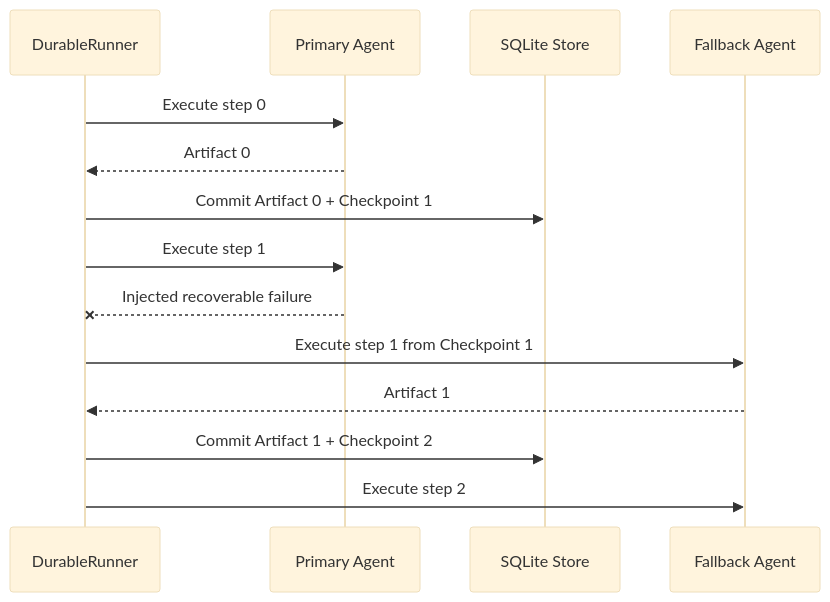
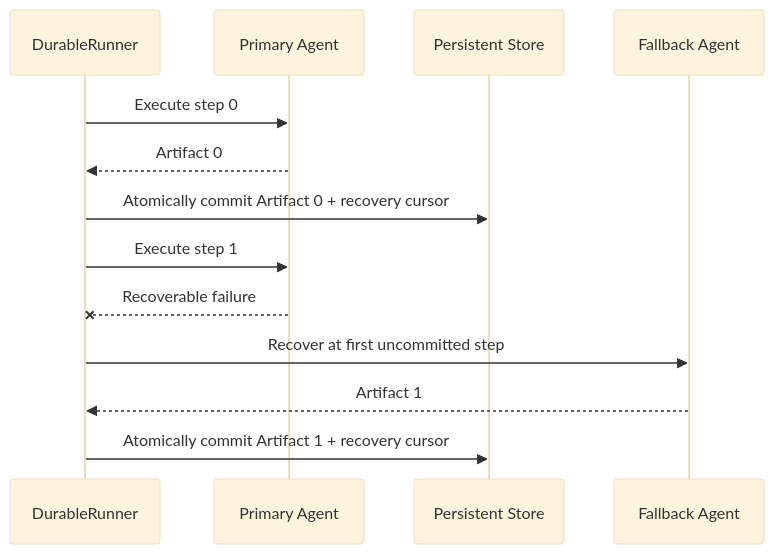
One commit to mungbean138516-jpg/mechanistgym changed the diagram in README.md. Above: the diagram before and after it, drawn with Mermaid (base theme). The commit also changed other lines of this file and 7 other files, not shown here.

```diff
--- a/README.md
+++ b/README.md
@@ -75,16 +71,15 @@
 ~~~mermaid
 sequenceDiagram
     participant R as DurableRunner
     participant A as Primary Agent
-    participant S as SQLite Store
+    participant S as Persistent Store
     participant B as Fallback Agent
     R->>A: Execute step 0
     A-->>R: Artifact 0
-    R->>S: Commit Artifact 0 + Checkpoint 1
+    R->>S: Atomically commit Artifact 0 + recovery cursor
     R->>A: Execute step 1
-    A--xR: Injected recoverable failure
-    R->>B: Execute step 1 from Checkpoint 1
+    A--xR: Recoverable failure
+    R->>B: Recover at first uncommitted step
     B-->>R: Artifact 1
-    R->>S: Commit Artifact 1 + Checkpoint 2
-    R->>B: Execute step 2
+    R->>S: Atomically commit Artifact 1 + recovery cursor
 ~~~
```
